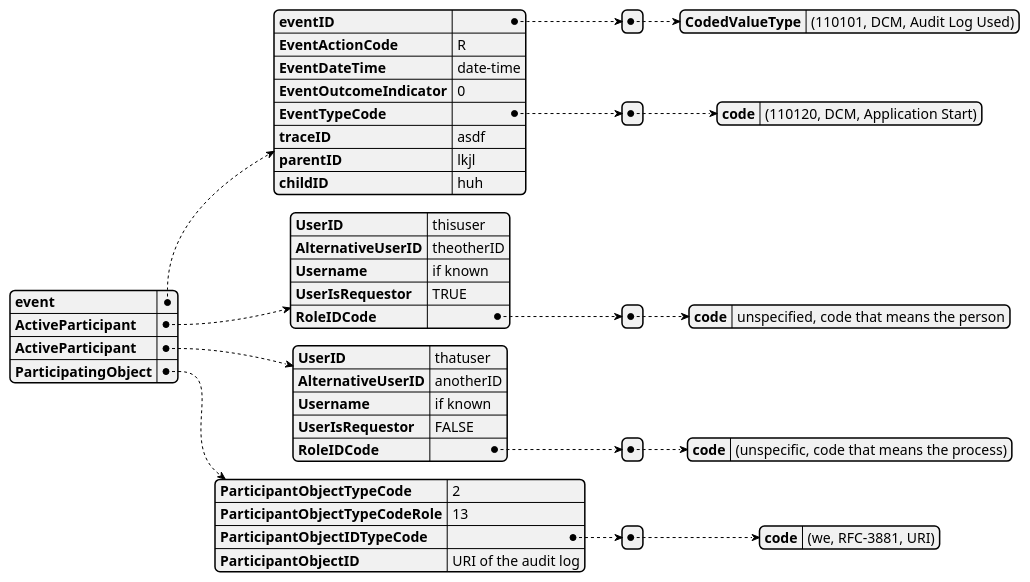
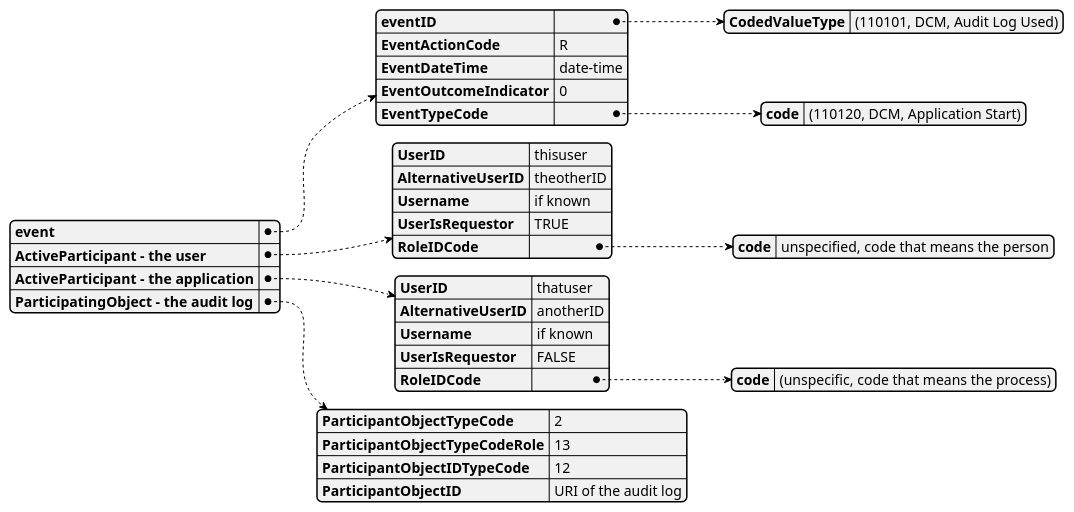
The diagram in diagrams/audit-log-used.puml (rjhorniii/wg14-audit-etc), drawn with PlantUML before and after one commit. The commit also changed 12 other files, not shown here.

```diff
--- a/diagrams/audit-log-used.puml
+++ b/diagrams/audit-log-used.puml
@@ -2,44 +2,31 @@
 @startjson
 {
 	"event": {
-	   "eventID" : [
-	       { "CodedValueType" : "(110101, DCM, Audit Log Used)"}
-	       ],
+	   "eventID" : { "CodedValueType" : "(110101, DCM, Audit Log Used)"},
 	   "EventActionCode": "R",
 	   "EventDateTime" : "date-time",
 	   "EventOutcomeIndicator": "0",
-	   "EventTypeCode" : [
-	   	{ "code" : "(110120, DCM, Application Start)"}
-		],
-	   "traceID" : "asdf",
-	   "parentID" : "lkjl",
-	   "childID" : "huh"
+	   "EventTypeCode" : { "code" : "(110120, DCM, Application Start)"}
 	   },
-	"ActiveParticipant" : {
+	"ActiveParticipant - the user" : {
 	   "UserID" : "thisuser",
 	   "AlternativeUserID" : "theotherID",
 	   "Username" : "if known",
 	   "UserIsRequestor" : "TRUE",
-	   "RoleIDCode" : [
-	   	{ "code" : "unspecified, code that means the person"}
-		]
+	   "RoleIDCode" : { "code" : "unspecified, code that means the person"}
 	   },
-	"ActiveParticipant" : {
+	"ActiveParticipant - the application" : {
 	   "UserID" : "thatuser",
 	   "AlternativeUserID" : "anotherID",
 	   "Username" : "if known",
 	   "UserIsRequestor" : "FALSE",
-	   "RoleIDCode" : [
-	   	{ "code" : "(unspecific, code that means the process)"}
-		]	   
+	   "RoleIDCode" : { "code" : "(unspecific, code that means the process)"}	   
 	   },
-	"ParticipatingObject" : {
+	"ParticipatingObject - the audit log" : {
 	   "ParticipantObjectTypeCode" : 2,
 	   "ParticipantObjectTypeCodeRole" : 13,
-	   "ParticipantObjectIDTypeCode" : [
-	       { "code" : "(we, RFC-3881, URI)"}
-	       ],
+	   "ParticipantObjectIDTypeCode" : 12,
 	   "ParticipantObjectID" : "URI of the audit log"
 	   }	  
 }
 @endjson
```
